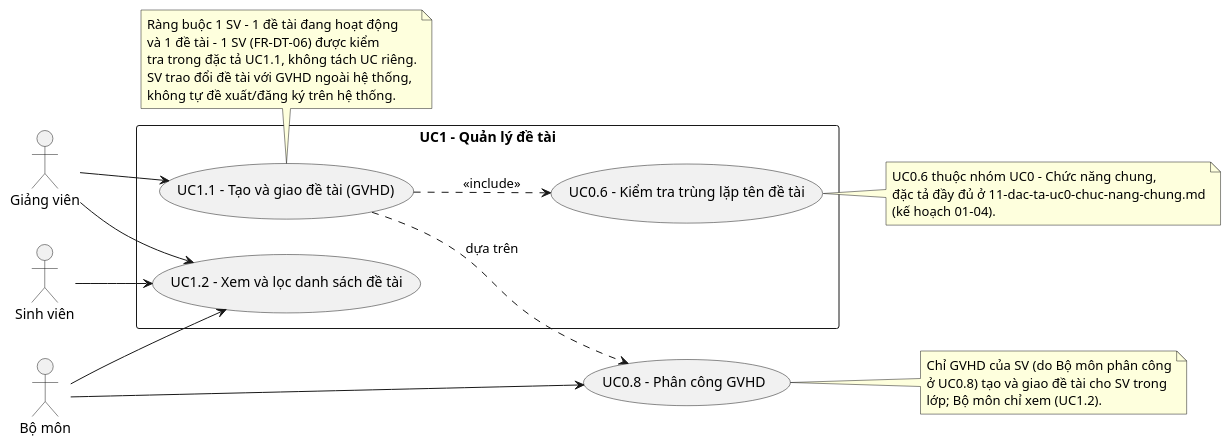
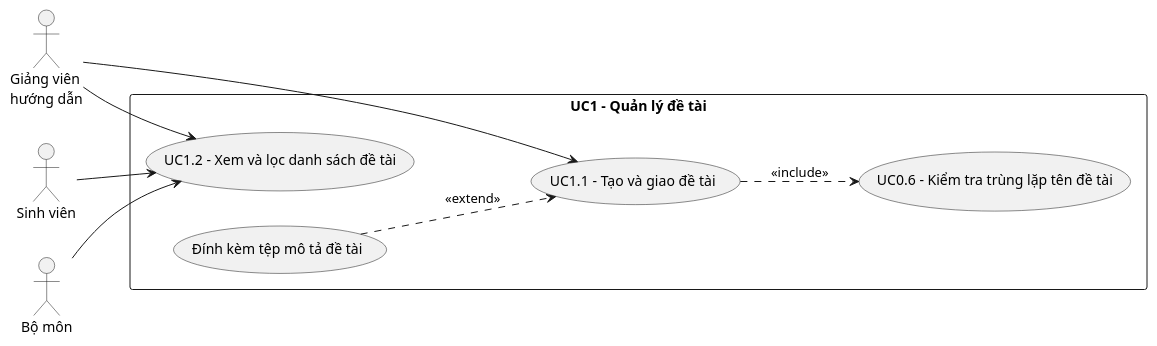
One commit to dtc235200036-alt/ICTU-DATN-NguyenThiMaiAnh changed the diagram in docs/chuong-2-khao-sat-phan-tich/uc/uc1-quan-ly-de-tai.puml. Above: the diagram before and after it, drawn with PlantUML. The commit also changed 233 other files, not shown here.

```diff
--- a/docs/chuong-2-khao-sat-phan-tich/uc/uc1-quan-ly-de-tai.puml
+++ b/docs/chuong-2-khao-sat-phan-tich/uc/uc1-quan-ly-de-tai.puml
@@ -1,44 +1,22 @@
 @startuml uc1-quan-ly-de-tai
 left to right direction
 skinparam packageStyle rectangle
 
-actor "Giảng viên" as GV
+actor "Giảng viên\nhướng dẫn" as GV
 actor "Sinh viên" as SV
 actor "Bộ môn" as BM
 
 rectangle "UC1 – Quản lý đề tài" {
-  usecase "UC1.1 – Tạo và giao đề tài (GVHD)" as UC1_1
+  usecase "UC1.1 – Tạo và giao đề tài" as UC1_1
   usecase "UC1.2 – Xem và lọc danh sách đề tài" as UC1_2
+  usecase "Đính kèm tệp mô tả đề tài" as UC1_X
   usecase "UC0.6 – Kiểm tra trùng lặp tên đề tài" as UC0_6
 }
-usecase "UC0.8 – Phân công GVHD" as UC0_8
 
 GV --> UC1_1
 GV --> UC1_2
 SV --> UC1_2
 BM --> UC1_2
-
 UC1_1 ..> UC0_6 : <<include>>
-BM --> UC0_8
-UC1_1 ..> UC0_8 : dựa trên
-
-note right of UC0_6
-  UC0.6 thuộc nhóm UC0 – Chức năng chung,
-  đặc tả đầy đủ ở 11-dac-ta-uc0-chuc-nang-chung.md
-  (kế hoạch 01-04).
-end note
-
-note bottom of UC1_1
-  Ràng buộc 1 SV - 1 đề tài đang hoạt động
-  và 1 đề tài - 1 SV (FR-DT-06) được kiểm
-  tra trong đặc tả UC1.1, không tách UC riêng.
-  SV trao đổi đề tài với GVHD ngoài hệ thống,
-  không tự đề xuất/đăng ký trên hệ thống.
-end note
-
-note right of UC0_8
-  Chỉ GVHD của SV (do Bộ môn phân công
-  ở UC0.8) tạo và giao đề tài cho SV trong
-  lớp; Bộ môn chỉ xem (UC1.2).
-end note
+UC1_X ..> UC1_1 : <<extend>>
 @enduml
```
